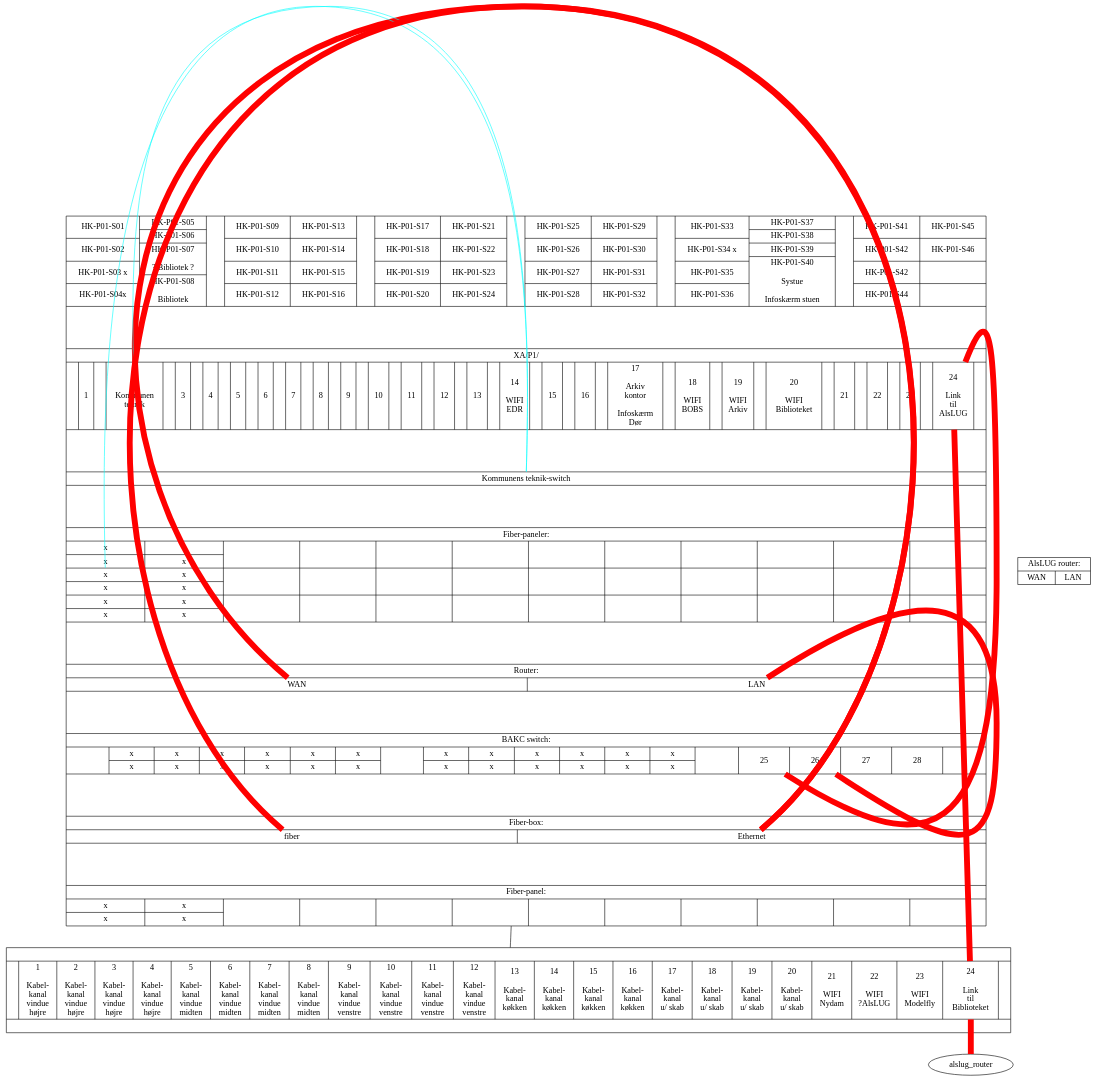
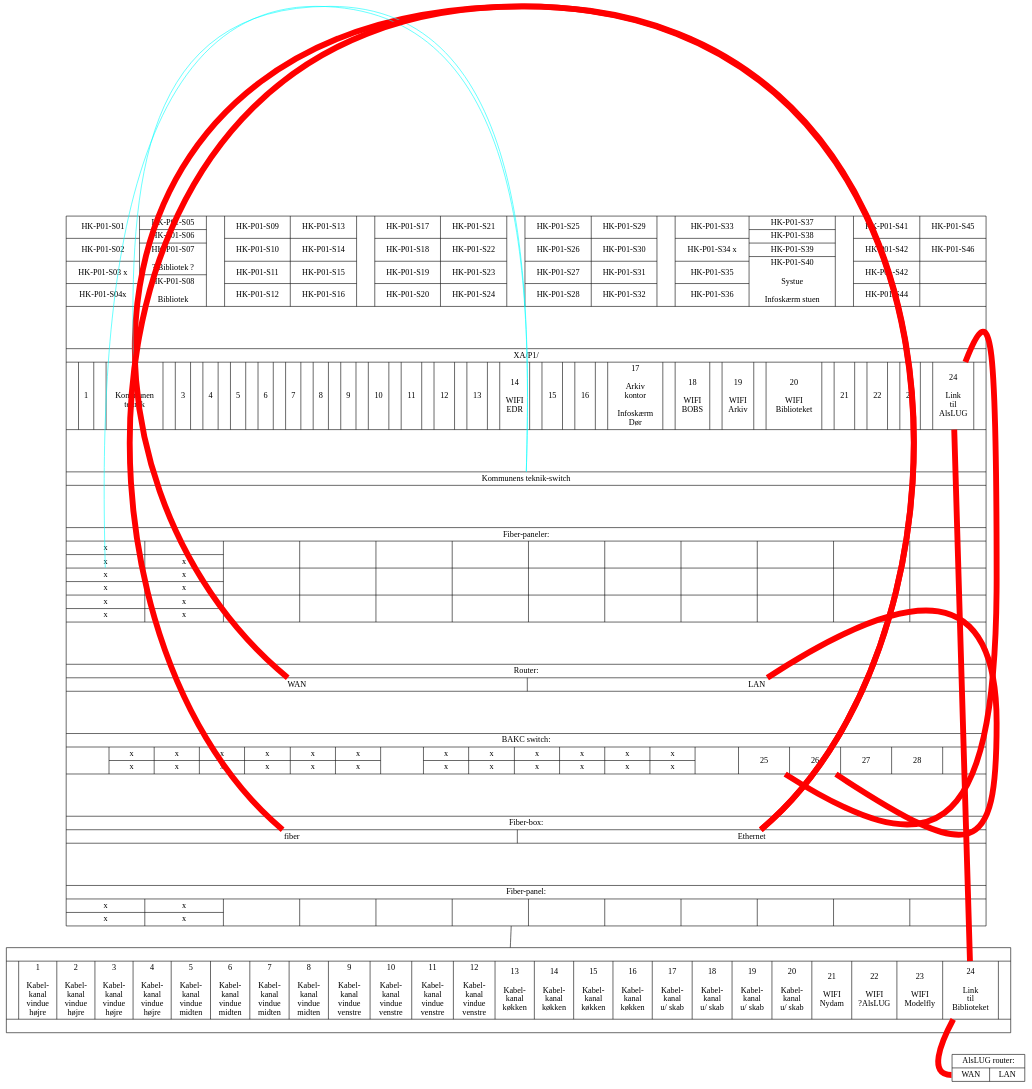
One commit to alslug/alslug.dk changed the diagram in projekter/patch-paneler.dot. Above: the diagram before and after it, drawn with Graphviz.

```diff
--- a/projekter/patch-paneler.dot
+++ b/projekter/patch-paneler.dot
@@ -196,7 +196,7 @@
 						<24> 24 \n\nLink\ntil\nBiblioteket
 					|}|
                                       }" ];
-  alslug_route [ shape=record label="{AlsLUG router:|{<wan> WAN|<lan> LAN}}" ];
+  alslug_router [ shape=record label="{AlsLUG router:|{<wan> WAN|<lan> LAN}}" ];
   bib_patch:stofabox_ethernet -> bib_patch:route_wan [ color=red penwidth=10 ];
   bib_patch:router_lan -> bib_patch:switch_26 [ color=red penwidth=10 ];
   bib_patch:switch_25 -> bib_patch:xa_p1_24 -> alslug_patch:24 -> alslug_router:wan [ color=red penwidth=10 ];
```
